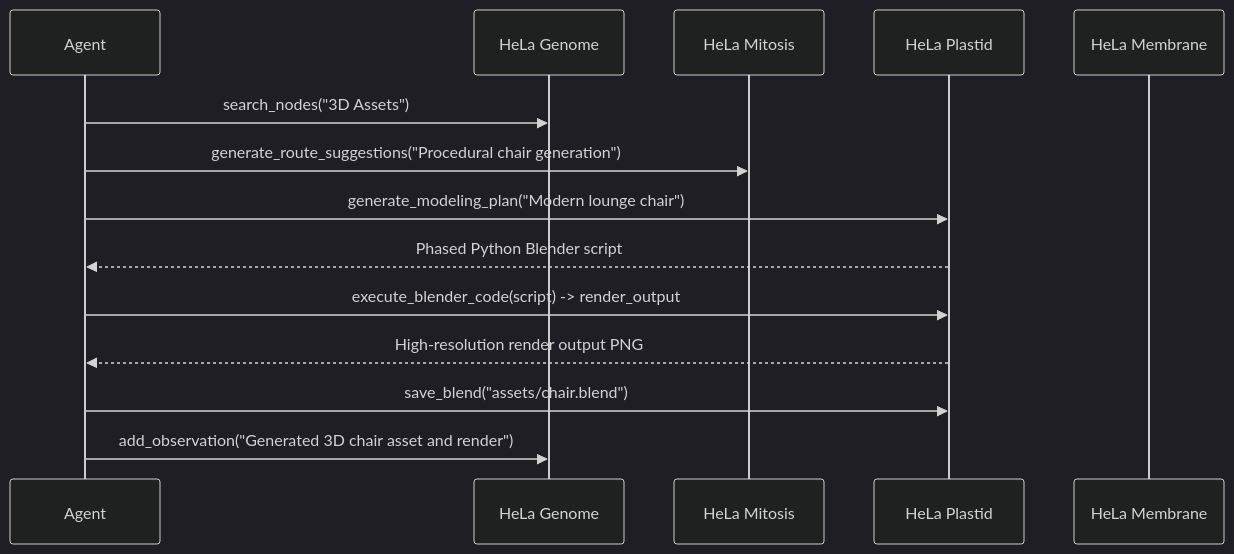
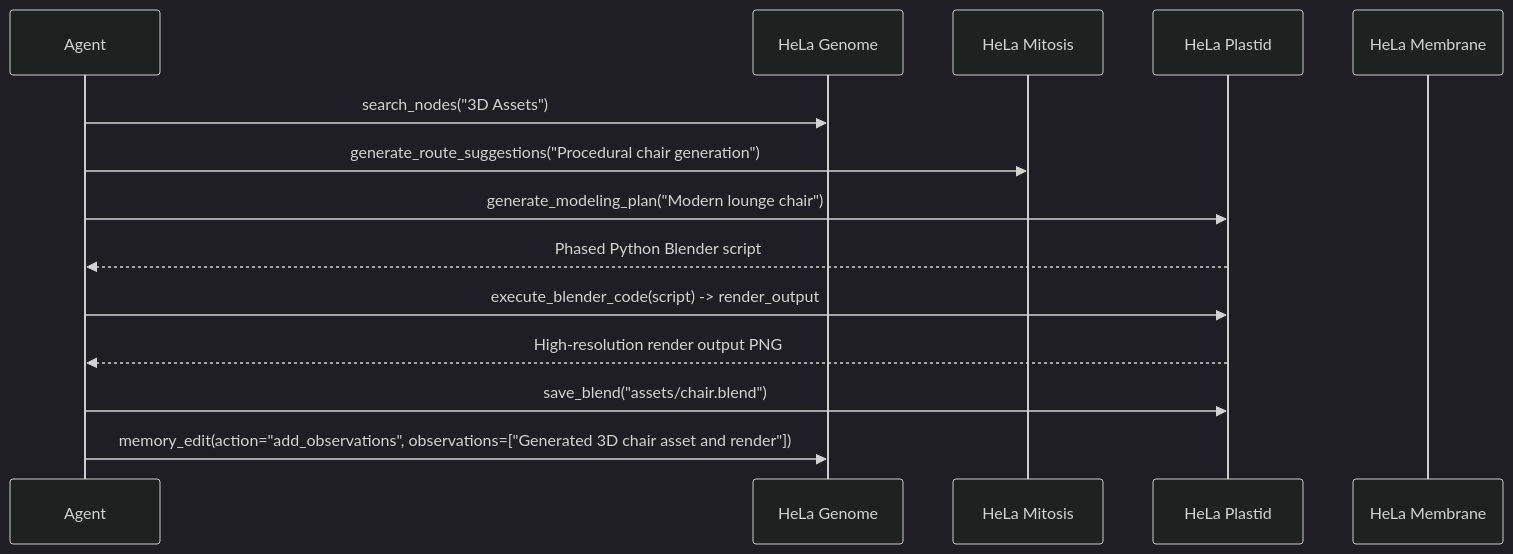
One commit to 1999AZZAR/hela-mcp-ecosystem changed the sixth of 7 diagrams in docs/workflows.md. Above: the diagram before and after it, drawn with Mermaid (dark theme). The commit also changed other lines of this file and 25 other files, not shown here.

````diff
--- a/docs/workflows.md
+++ b/docs/workflows.md
@@ -177,17 +177,17 @@
 ```mermaid
 sequenceDiagram
     participant Agent
     participant Genome as HeLa Genome
     participant Mitosis as HeLa Mitosis
     participant Plastid as HeLa Plastid
     participant Membrane as HeLa Membrane
 
     Agent->>Genome: search_nodes("3D Assets")
     Agent->>Mitosis: generate_route_suggestions("Procedural chair generation")
     Agent->>Plastid: generate_modeling_plan("Modern lounge chair")
     Plastid-->>Agent: Phased Python Blender script
     Agent->>Plastid: execute_blender_code(script) -> render_output
     Plastid-->>Agent: High-resolution render output PNG
     Agent->>Plastid: save_blend("assets/chair.blend")
-    Agent->>Genome: add_observation("Generated 3D chair asset and render")
+    Agent->>Genome: memory_edit(action="add_observations", observations=["Generated 3D chair asset and render"])
 ```
````
